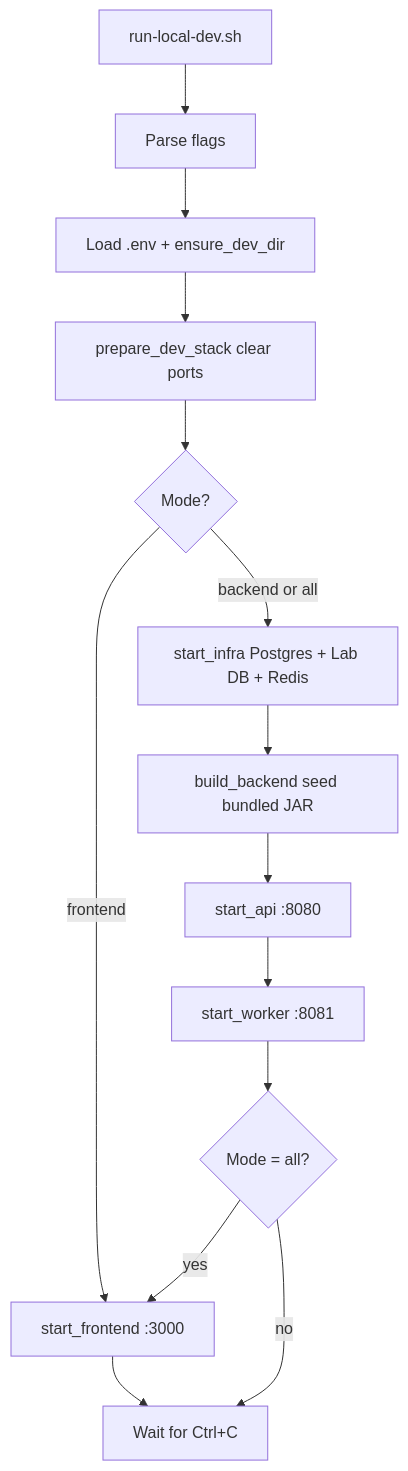
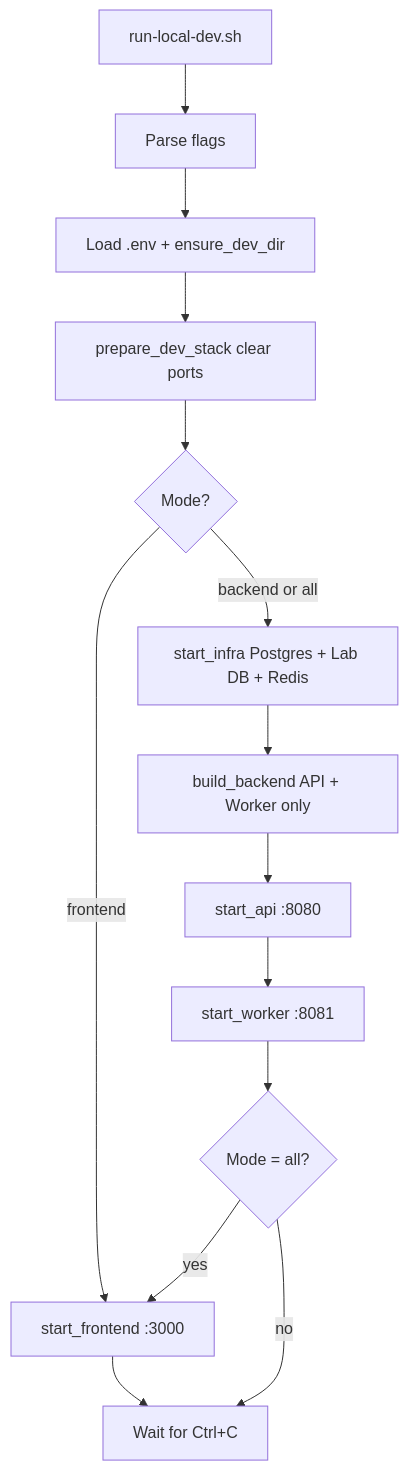
One commit to shubh-am8/data-migration-tool changed the diagram in docs/development.md. Above: the diagram before and after it, drawn with Mermaid. The commit also changed other lines of this file and 6 other files, not shown here.

````diff
--- a/docs/development.md
+++ b/docs/development.md
@@ -35,16 +35,16 @@
 ```mermaid
 flowchart TD
   start[run-local-dev.sh] --> parse[Parse flags]
   parse --> env[Load .env + ensure_dev_dir]
   env --> prepare[prepare_dev_stack clear ports]
   prepare --> mode{Mode?}
   mode -->|frontend| fe[start_frontend :3000]
   mode -->|backend or all| infra[start_infra Postgres + Lab DB + Redis]
-  infra --> build[build_backend seed bundled JAR]
+  infra --> build[build_backend API + Worker only]
   build --> api[start_api :8080]
   api --> worker[start_worker :8081]
   worker --> allCheck{Mode = all?}
   allCheck -->|yes| fe
   allCheck -->|no| wait[Wait for Ctrl+C]
   fe --> wait
 ```
````
